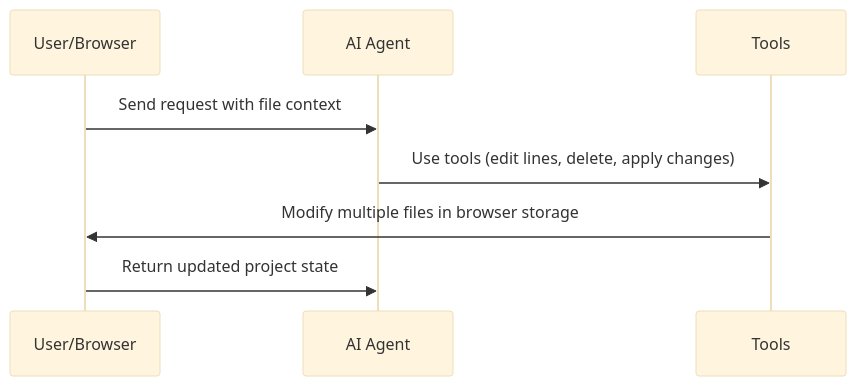
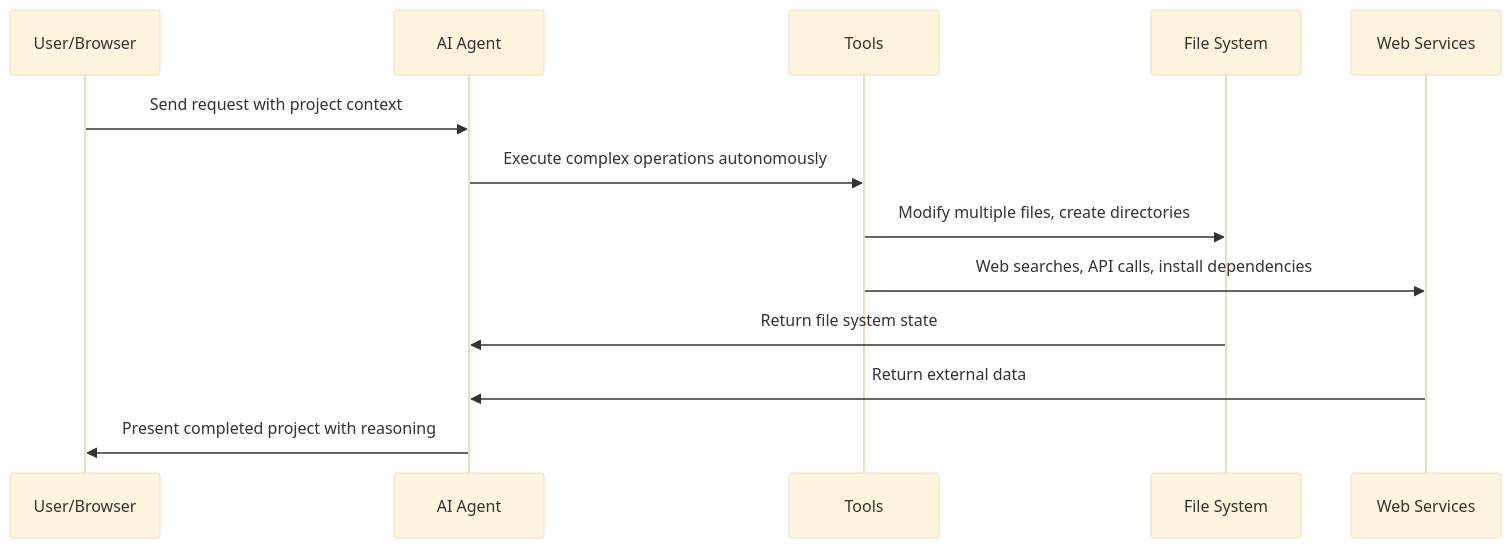
Before and after one commit to Nutlope/llamacoder: the fourth of 4 diagrams in architecture.md, drawn with Mermaid (base theme). The commit also changed other lines of this file, not shown here.

````diff
--- a/architecture.md
+++ b/architecture.md
@@ -41,11 +70,16 @@
 ```mermaid
 sequenceDiagram
     participant U as User/Browser
     participant A as AI Agent
     participant T as Tools
+    participant FS as File System
+    participant WS as Web Services
 
-    U->>A: Send request with file context
-    A->>T: Use tools (edit lines, delete, apply changes)
-    T->>U: Modify multiple files in browser storage
-    U->>A: Return updated project state
+    U->>A: Send request with project context
+    A->>T: Execute complex operations autonomously
+    T->>FS: Modify multiple files, create directories
+    T->>WS: Web searches, API calls, install dependencies
+    FS->>A: Return file system state
+    WS->>A: Return external data
+    A->>U: Present completed project with reasoning
 ```
````
